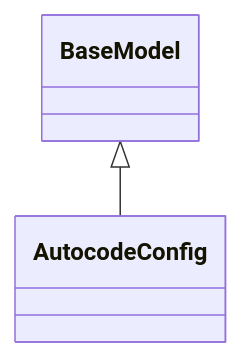
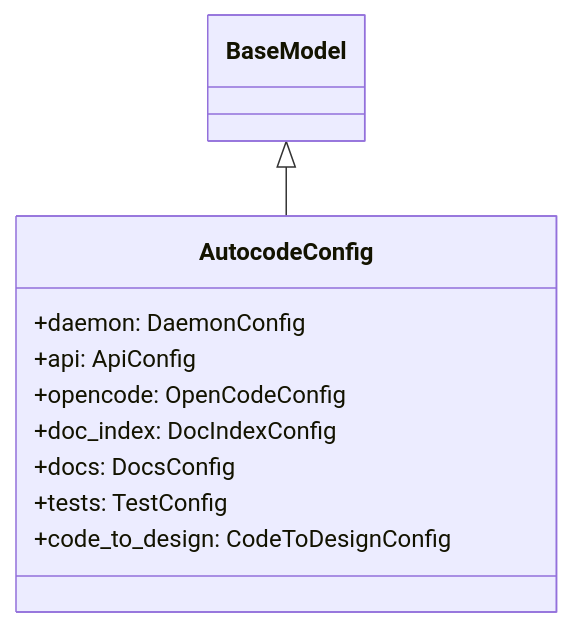
One commit to Brunvelop/autocode changed diagram 12 of 15 in design/autocode/api/models_items.md. Above: the diagram before and after it, drawn with Mermaid. The commit also changed other lines of this file and 8 other files, not shown here.

````diff
--- a/design/autocode/api/models_items.md
+++ b/design/autocode/api/models_items.md
@@ -150,7 +210,14 @@
 ```mermaid
 classDiagram
     class AutocodeConfig {
+        +daemon: DaemonConfig
+        +api: ApiConfig
+        +opencode: OpenCodeConfig
+        +doc_index: DocIndexConfig
+        +docs: DocsConfig
+        +tests: TestConfig
+        +code_to_design: CodeToDesignConfig
     }
     BaseModel <|-- AutocodeConfig
 
 ```
````
